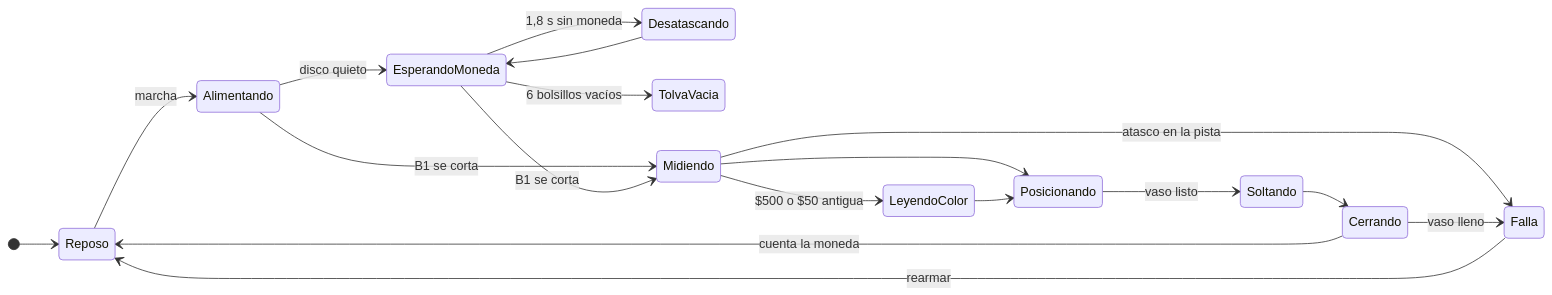
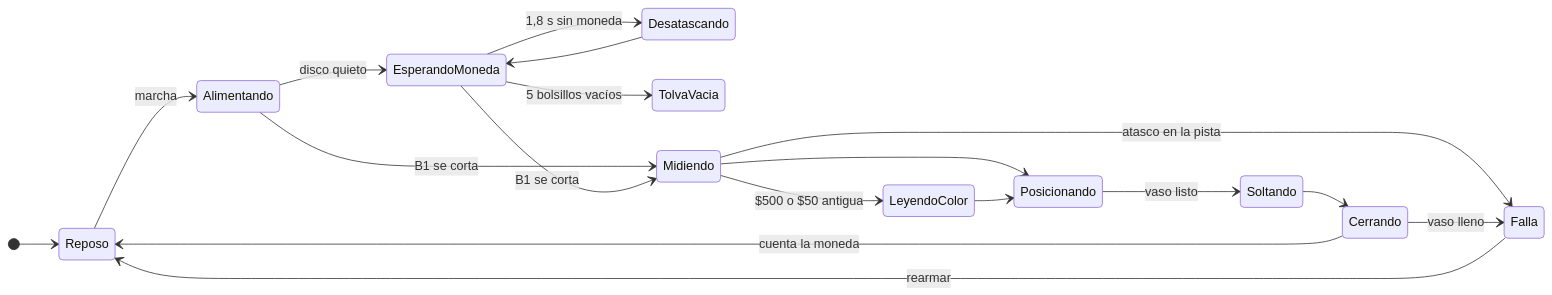
One commit to Johan-C777/coin-sorting-robot-pybullet changed the third of 5 diagrams in README.md. Above: the diagram before and after it, drawn with Mermaid. The commit also changed other lines of this file and 65 other files, not shown here.

````diff
--- a/README.md
+++ b/README.md
@@ -207,21 +216,21 @@
 ```mermaid
 stateDiagram-v2
     direction LR
     [*] --> Reposo
     Reposo --> Alimentando: marcha
     Alimentando --> EsperandoMoneda: disco quieto
     EsperandoMoneda --> Desatascando: 1,8 s sin moneda
     Desatascando --> EsperandoMoneda
-    EsperandoMoneda --> TolvaVacia: 6 bolsillos vacíos
+    EsperandoMoneda --> TolvaVacia: 5 bolsillos vacíos
     Alimentando --> Midiendo: B1 se corta
     EsperandoMoneda --> Midiendo: B1 se corta
     Midiendo --> LeyendoColor: $500 o $50 antigua
     Midiendo --> Posicionando
     LeyendoColor --> Posicionando
     Midiendo --> Falla: atasco en la pista
     Posicionando --> Soltando: vaso listo
     Soltando --> Cerrando
     Cerrando --> Reposo: cuenta la moneda
     Cerrando --> Falla: vaso lleno
     Falla --> Reposo: rearmar
 ```
````
